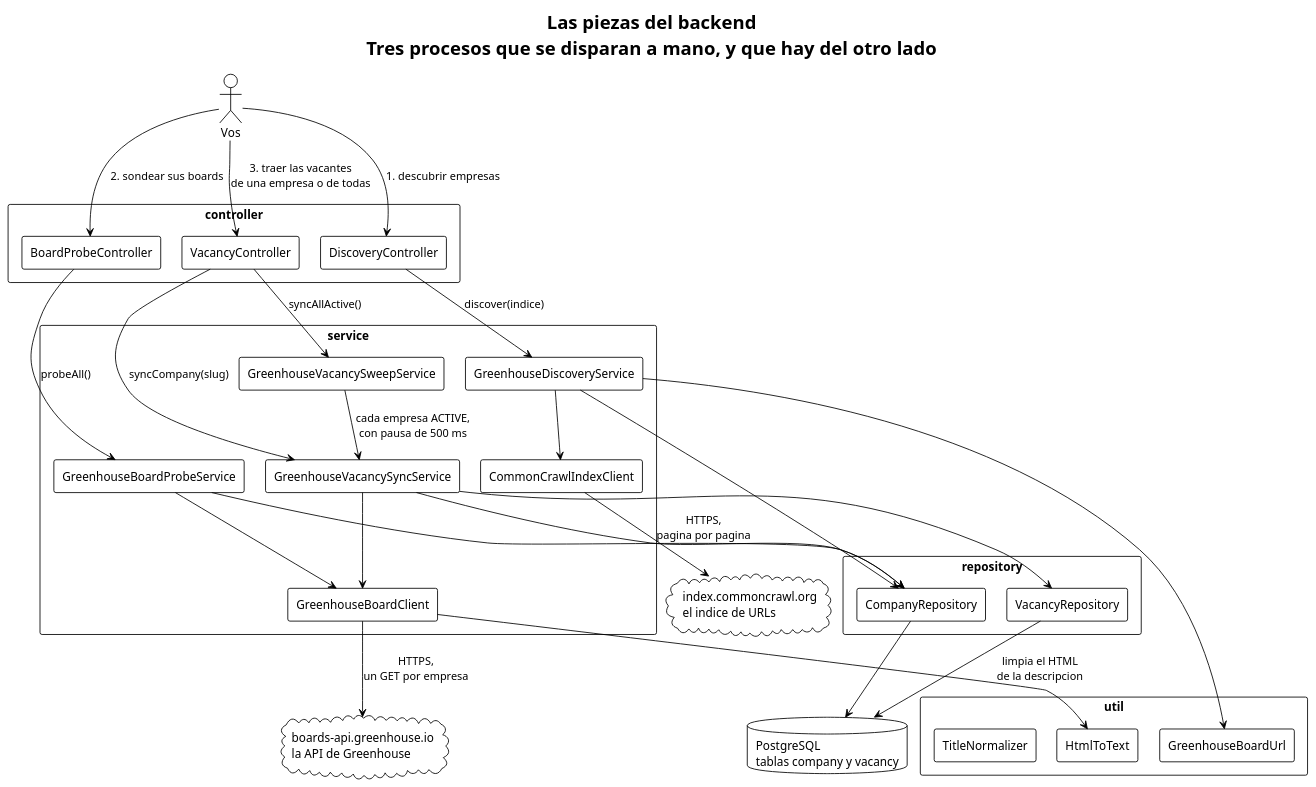
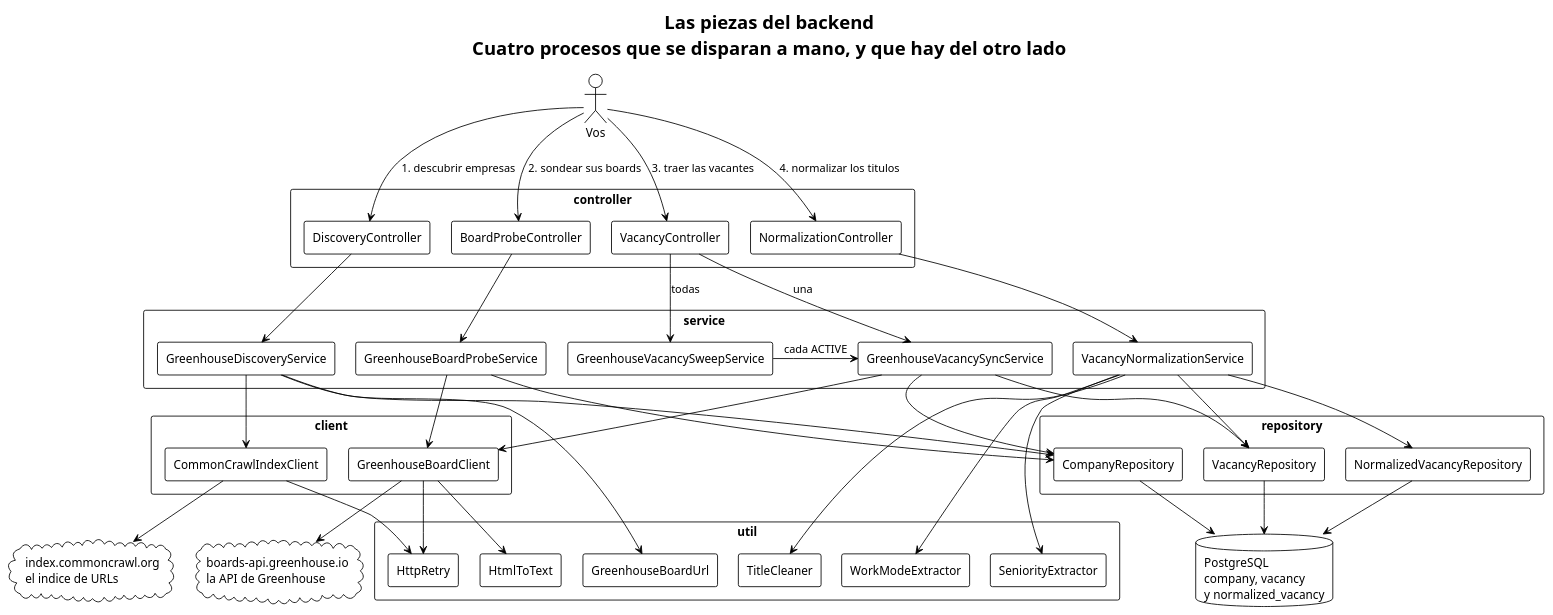
One commit to EliasNAires/oneprofile changed the diagram in docs/para-humanos/diagramas/panorama.puml. Above: the diagram before and after it, drawn with PlantUML. The commit also changed 20 other files, not shown here.

```diff
--- a/docs/para-humanos/diagramas/panorama.puml
+++ b/docs/para-humanos/diagramas/panorama.puml
@@ -1,67 +1,86 @@
 @startuml panorama
 !theme plain
-title Las piezas del backend\nTres procesos que se disparan a mano, y que hay del otro lado
+title Las piezas del backend\nCuatro procesos que se disparan a mano, y que hay del otro lado
 
 skinparam componentStyle rectangle
 skinparam shadowing false
 skinparam nodesep 25
 skinparam ranksep 45
 
 actor "Vos" as you
 
 rectangle "controller" {
   [DiscoveryController] as ctrl
   [BoardProbeController] as probeCtrl
   [VacancyController] as vacCtrl
+  [NormalizationController] as normCtrl
 }
 
 rectangle "service" {
   [GreenhouseDiscoveryService] as svc
-  [CommonCrawlIndexClient] as client
   [GreenhouseBoardProbeService] as probeSvc
   [GreenhouseVacancySyncService] as vacSvc
   [GreenhouseVacancySweepService] as sweepSvc
+  [VacancyNormalizationService] as normSvc
+}
+
+rectangle "client" {
+  [CommonCrawlIndexClient] as ccClient
   [GreenhouseBoardClient] as boardClient
 }
 
 rectangle "util" {
   [GreenhouseBoardUrl] as url
+  [HttpRetry] as retry
   [HtmlToText] as html
-  [TitleNormalizer] as titleNorm
+  [TitleCleaner] as cleaner
+  [WorkModeExtractor] as modeEx
+  [SeniorityExtractor] as levelEx
 }
 
 rectangle "repository" {
   [CompanyRepository] as repo
   [VacancyRepository] as vacRepo
+  [NormalizedVacancyRepository] as normRepo
 }
 
 cloud "index.commoncrawl.org\nel indice de URLs" as cc
 cloud "boards-api.greenhouse.io\nla API de Greenhouse" as gh
-database "PostgreSQL\ntablas company y vacancy" as db
+database "PostgreSQL\ncompany, vacancy\ny normalized_vacancy" as db
 
 you --> ctrl : 1. descubrir empresas
 you --> probeCtrl : 2. sondear sus boards
-you --> vacCtrl : 3. traer las vacantes\nde una empresa o de todas
+you --> vacCtrl : 3. traer las vacantes
+you --> normCtrl : 4. normalizar los titulos
 
-ctrl --> svc : discover(indice)
-probeCtrl --> probeSvc : probeAll()
-vacCtrl --> vacSvc : syncCompany(slug)
-vacCtrl --> sweepSvc : syncAllActive()
-sweepSvc --> vacSvc : cada empresa ACTIVE,\ncon pausa de 500 ms
+ctrl --> svc
+probeCtrl --> probeSvc
+vacCtrl --> sweepSvc : todas
+sweepSvc -left-> vacSvc : cada ACTIVE
+vacCtrl --> vacSvc : una
+normCtrl --> normSvc
 
-svc --> client
+svc --> ccClient
 svc --> url
 svc --> repo
 probeSvc --> boardClient
 probeSvc --> repo
 vacSvc --> boardClient
 vacSvc --> repo
 vacSvc --> vacRepo
+normSvc --> cleaner
+normSvc --> modeEx
+normSvc --> levelEx
+normSvc --> vacRepo
+normSvc --> normRepo
 
-client --> cc : HTTPS,\npagina por pagina
-boardClient --> gh : HTTPS,\nun GET por empresa
-boardClient --> html : limpia el HTML\nde la descripcion
+ccClient --> retry
+boardClient --> retry
+boardClient --> html
+ccClient --> cc
+boardClient --> gh
 repo --> db
 vacRepo --> db
+normRepo --> db
 
 @enduml
```
